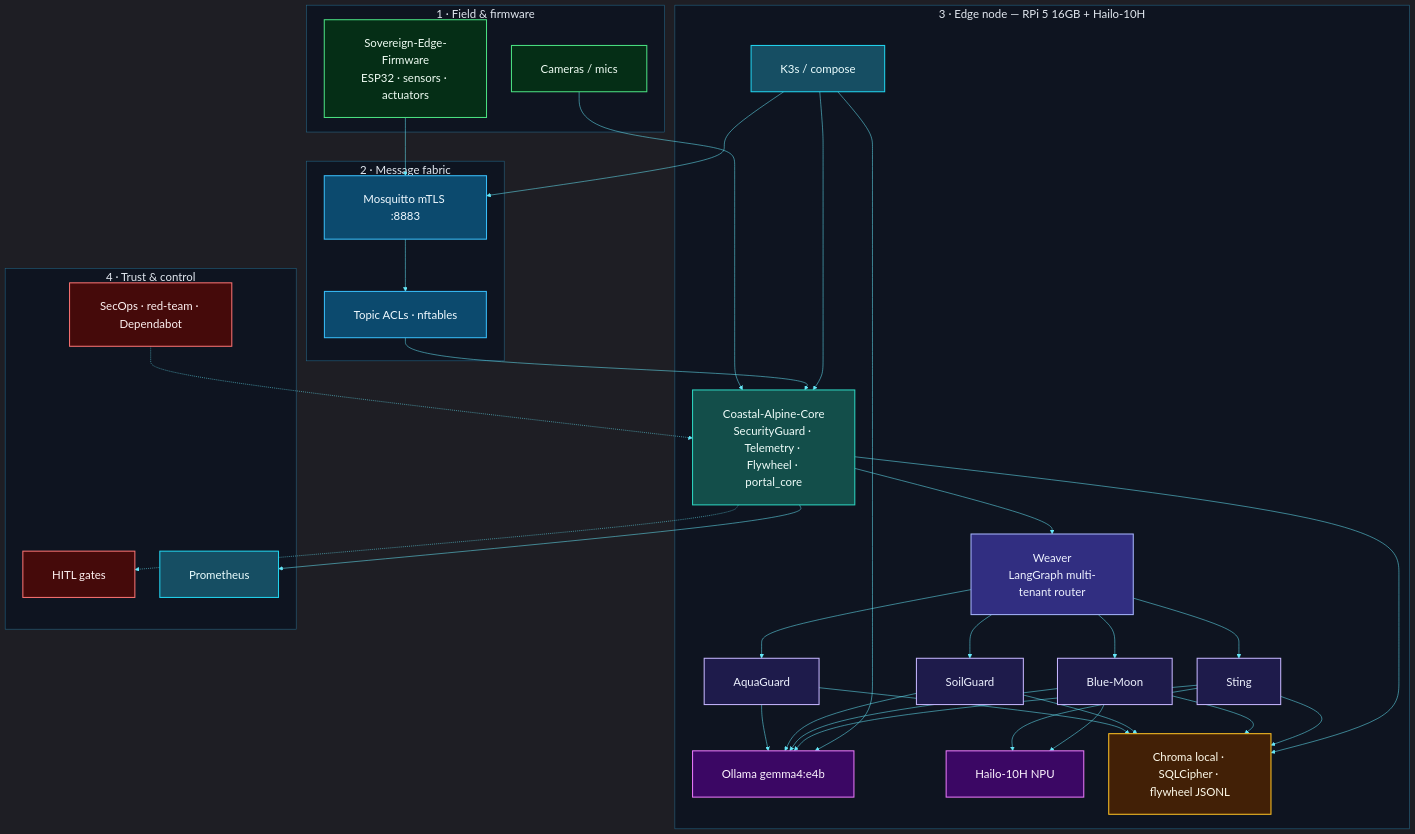
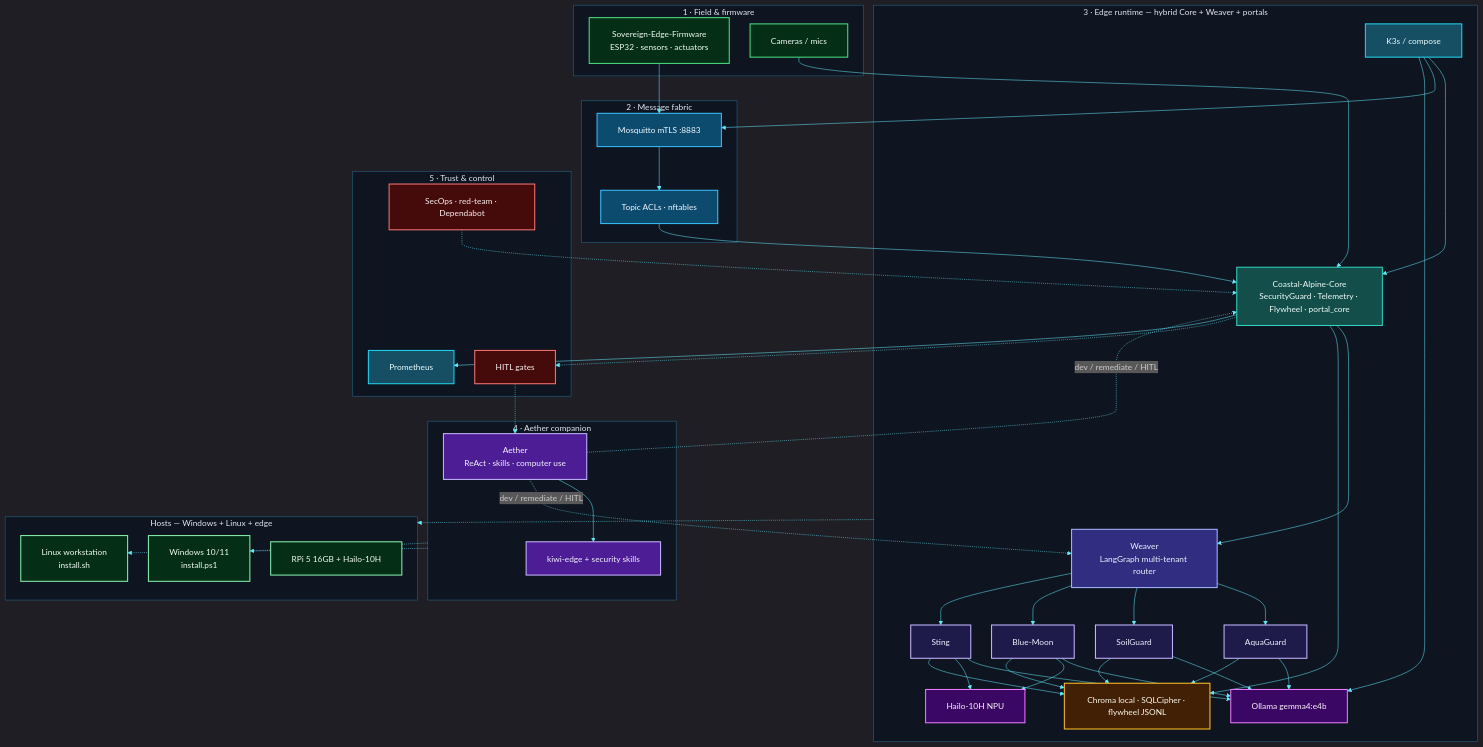
One commit to fivepanelhat/coastal-alpine-stack changed the diagram in README.md. Above: the diagram before and after it, drawn with Mermaid. The commit also changed other lines of this file and 5 other files, not shown here.

First line of the commit message:
docs: hybridise diagrams and dual-platform install for Windows + Linux

````diff
--- a/README.md
+++ b/README.md
@@ -37,7 +40,7 @@
 %%{init: {
   "theme": "dark",
   "themeVariables": {
-    "fontSize": "22px",
+    "fontSize": "16px",
     "fontFamily": "Inter, ui-sans-serif, system-ui, sans-serif",
     "primaryColor": "#0ea5e9",
     "primaryTextColor": "#f8fafc",
@@ -50,9 +53,9 @@
     "titleColor": "#e2e8f0"
   },
   "flowchart": {
-    "nodeSpacing": 48,
-    "rankSpacing": 56,
-    "padding": 28,
+    "nodeSpacing": 40,
+    "rankSpacing": 48,
+    "padding": 20,
     "htmlLabels": true,
     "curve": "basis",
     "useMaxWidth": true
@@ -69,6 +72,8 @@
     classDef fly fill:#422006,stroke:#fbbf24,stroke-width:2px,color:#fffbeb
     classDef sec fill:#450a0a,stroke:#f87171,stroke-width:2px,color:#fef2f2
     classDef ops fill:#164e63,stroke:#22d3ee,stroke-width:2px,color:#ecfeff
+    classDef companion fill:#4c1d95,stroke:#c4b5fd,stroke-width:2px,color:#f5f3ff
+    classDef host fill:#052e16,stroke:#86efac,stroke-width:2px,color:#f0fdf4
 
     subgraph FIELD["1 · Field & firmware"]
         ESP["Sovereign-Edge-Firmware<br/>ESP32 · sensors · actuators"]
@@ -80,7 +85,7 @@
         ACL["Topic ACLs · nftables"]
     end
 
-    subgraph NODE["3 · Edge node — RPi 5 16GB + Hailo-10H"]
+    subgraph NODE["3 · Edge runtime — hybrid Core + Weaver + portals"]
         K3["K3s / compose"]
         CORE["Coastal-Alpine-Core<br/>SecurityGuard · Telemetry · Flywheel · portal_core"]
         W["Weaver<br/>LangGraph multi-tenant router"]
@@ -93,10 +98,21 @@
         MEM["Chroma local · SQLCipher · flywheel JSONL"]
     end
 
-    subgraph TRUST["4 · Trust & control"]
+    subgraph COMPANION["4 · Aether companion"]
+        AETH["Aether<br/>ReAct · skills · computer use"]
+        SK["kiwi-edge + security skills"]
+    end
+
+    subgraph TRUST["5 · Trust & control"]
         HITL["HITL gates"]
         SEC["SecOps · red-team · Dependabot"]
         PROM["Prometheus"]
+    end
+
+    subgraph HOSTS["Hosts — Windows + Linux + edge"]
+        WIN["Windows 10/11<br/>install.ps1"]
+        LIN["Linux workstation<br/>install.sh"]
+        RPI["RPi 5 16GB + Hailo-10H"]
     end
 
     ESP --> MQTT
@@ -112,6 +128,11 @@
     CORE -.-> HITL
     CORE --> PROM
     SEC -.-> CORE
+    AETH --> SK
+    AETH -.->|dev / remediate / HITL| CORE & W
+    HITL -.-> AETH
+    NODE -.-> HOSTS
+    COMPANION -.-> WIN & LIN
 
     class ESP,CAM field
     class MQTT,ACL fabric
@@ -122,4 +143,6 @@
     class MEM fly
     class HITL,SEC sec
     class K3,PROM ops
+    class AETH,SK companion
+    class WIN,LIN,RPI host
 ```
````
